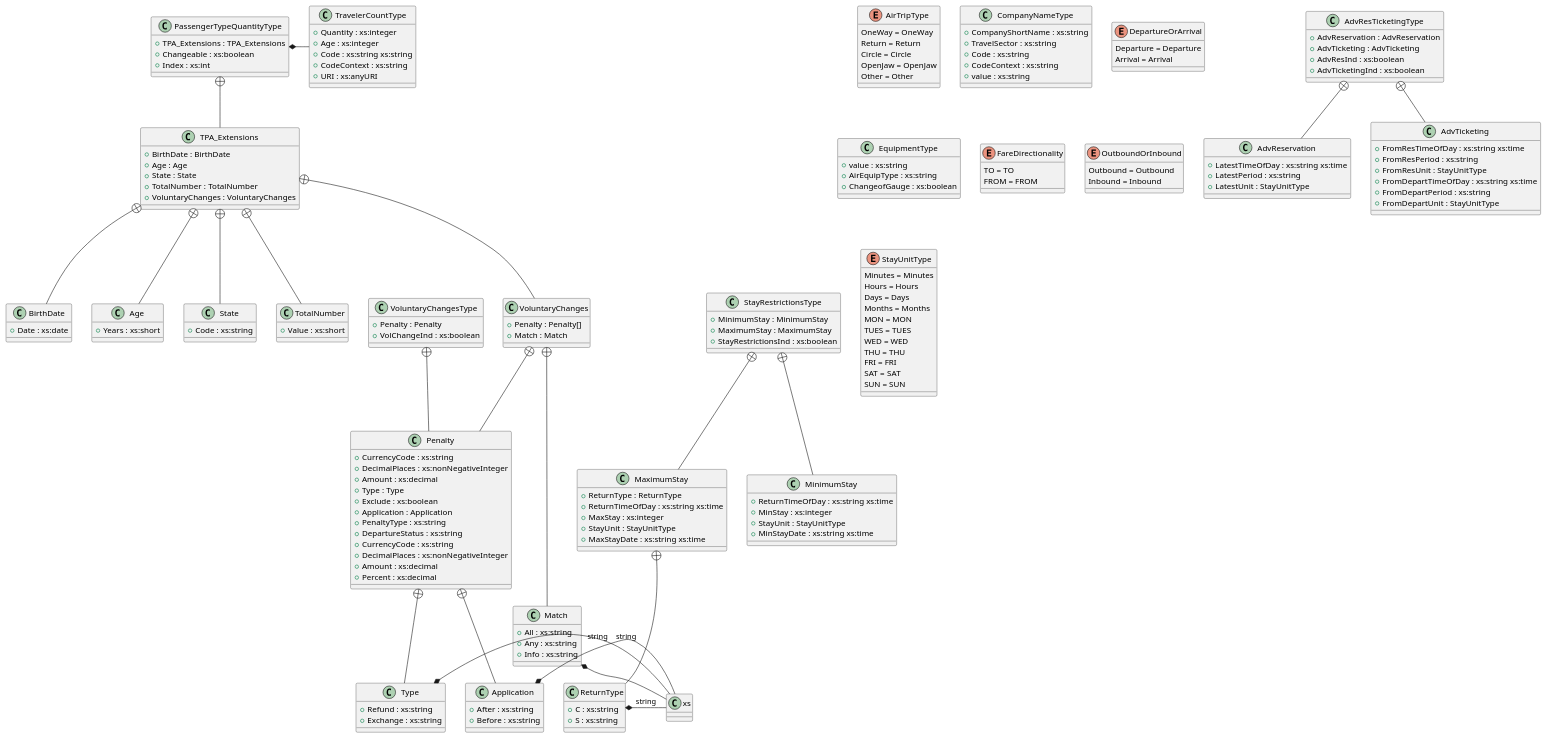
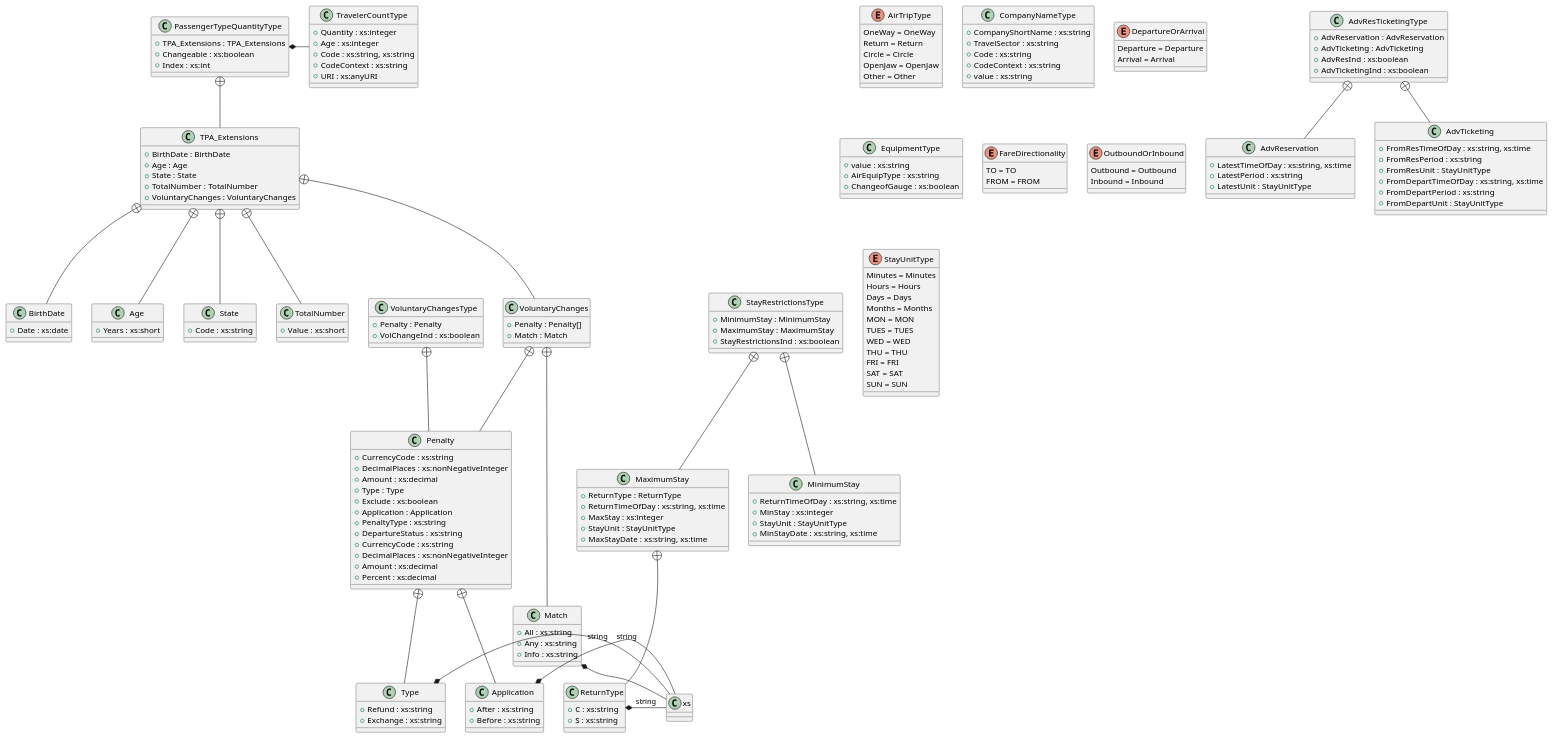
One commit to tefra/xsdata-samples changed the diagram in samples/sabre/diagram/BargainFinderMax_CommonTypes_v1-9-7.pu. Above: the diagram before and after it, drawn with PlantUML. The commit also changed 4 other files, not shown here.

```diff
--- a/samples/sabre/diagram/BargainFinderMax_CommonTypes_v1-9-7.pu
+++ b/samples/sabre/diagram/BargainFinderMax_CommonTypes_v1-9-7.pu
@@ -1,178 +1,178 @@
 @startuml
 
 class AdvResTicketingType {
     +AdvReservation : AdvReservation
     +AdvTicketing : AdvTicketing
     +AdvResInd : xs:boolean
     +AdvTicketingInd : xs:boolean
 }
 AdvResTicketingType +-- AdvReservation
 class AdvReservation {
-    +LatestTimeOfDay : xs:string xs:time
+    +LatestTimeOfDay : xs:string, xs:time
     +LatestPeriod : xs:string
     +LatestUnit : StayUnitType
 }
 AdvResTicketingType +-- AdvTicketing
 class AdvTicketing {
-    +FromResTimeOfDay : xs:string xs:time
+    +FromResTimeOfDay : xs:string, xs:time
     +FromResPeriod : xs:string
     +FromResUnit : StayUnitType
-    +FromDepartTimeOfDay : xs:string xs:time
+    +FromDepartTimeOfDay : xs:string, xs:time
     +FromDepartPeriod : xs:string
     +FromDepartUnit : StayUnitType
 }
 enum AirTripType {
     OneWay = OneWay
     Return = Return
     Circle = Circle
     OpenJaw = OpenJaw
     Other = Other
 }
 class CompanyNameType {
     +CompanyShortName : xs:string
     +TravelSector : xs:string
     +Code : xs:string
     +CodeContext : xs:string
     +value : xs:string
 }
 enum DepartureOrArrival {
     Departure = Departure
     Arrival = Arrival
 }
 class EquipmentType {
     +value : xs:string
     +AirEquipType : xs:string
     +ChangeofGauge : xs:boolean
 }
 enum FareDirectionality {
     TO = TO
     FROM = FROM
 }
 enum OutboundOrInbound {
     Outbound = Outbound
     Inbound = Inbound
 }
 class PassengerTypeQuantityType {
     +TPA_Extensions : TPA_Extensions
     +Changeable : xs:boolean
     +Index : xs:int
 }
 PassengerTypeQuantityType *- TravelerCountType
 PassengerTypeQuantityType +-- TPA_Extensions
 class TPA_Extensions {
     +BirthDate : BirthDate
     +Age : Age
     +State : State
     +TotalNumber : TotalNumber
     +VoluntaryChanges : VoluntaryChanges
 }
 TPA_Extensions +-- BirthDate
 class BirthDate {
     +Date : xs:date
 }
 TPA_Extensions +-- Age
 class Age {
     +Years : xs:short
 }
 TPA_Extensions +-- State
 class State {
     +Code : xs:string
 }
 TPA_Extensions +-- TotalNumber
 class TotalNumber {
     +Value : xs:short
 }
 TPA_Extensions +-- VoluntaryChanges
 class VoluntaryChanges {
     +Penalty : Penalty[]
     +Match : Match
 }
 VoluntaryChanges +-- Penalty
 class Penalty {
     +CurrencyCode : xs:string
     +DecimalPlaces : xs:nonNegativeInteger
     +Amount : xs:decimal
     +Type : Type
     +Exclude : xs:boolean
     +Application : Application
 }
 Penalty +-- Type
 class Type {
     +Refund : xs:string
     +Exchange : xs:string
 }
 Type *- xs:string
 Penalty +-- Application
 class Application {
     +After : xs:string
     +Before : xs:string
 }
 Application *- xs:string
 VoluntaryChanges +-- Match
 class Match {
     +All : xs:string
     +Any : xs:string
     +Info : xs:string
 }
 Match *- xs:string
 class StayRestrictionsType {
     +MinimumStay : MinimumStay
     +MaximumStay : MaximumStay
     +StayRestrictionsInd : xs:boolean
 }
 StayRestrictionsType +-- MinimumStay
 class MinimumStay {
-    +ReturnTimeOfDay : xs:string xs:time
+    +ReturnTimeOfDay : xs:string, xs:time
     +MinStay : xs:integer
     +StayUnit : StayUnitType
-    +MinStayDate : xs:string xs:time
+    +MinStayDate : xs:string, xs:time
 }
 StayRestrictionsType +-- MaximumStay
 class MaximumStay {
     +ReturnType : ReturnType
-    +ReturnTimeOfDay : xs:string xs:time
+    +ReturnTimeOfDay : xs:string, xs:time
     +MaxStay : xs:integer
     +StayUnit : StayUnitType
-    +MaxStayDate : xs:string xs:time
+    +MaxStayDate : xs:string, xs:time
 }
 MaximumStay +-- ReturnType
 class ReturnType {
     +C : xs:string
     +S : xs:string
 }
 ReturnType *- xs:string
 enum StayUnitType {
     Minutes = Minutes
     Hours = Hours
     Days = Days
     Months = Months
     MON = MON
     TUES = TUES
     WED = WED
     THU = THU
     FRI = FRI
     SAT = SAT
     SUN = SUN
 }
 class TravelerCountType {
     +Quantity : xs:integer
     +Age : xs:integer
-    +Code : xs:string xs:string
+    +Code : xs:string, xs:string
     +CodeContext : xs:string
     +URI : xs:anyURI
 }
 class VoluntaryChangesType {
     +Penalty : Penalty
     +VolChangeInd : xs:boolean
 }
 VoluntaryChangesType +-- Penalty
 class Penalty {
     +PenaltyType : xs:string
     +DepartureStatus : xs:string
     +CurrencyCode : xs:string
     +DecimalPlaces : xs:nonNegativeInteger
     +Amount : xs:decimal
     +Percent : xs:decimal
 }
 
 @enduml
```
